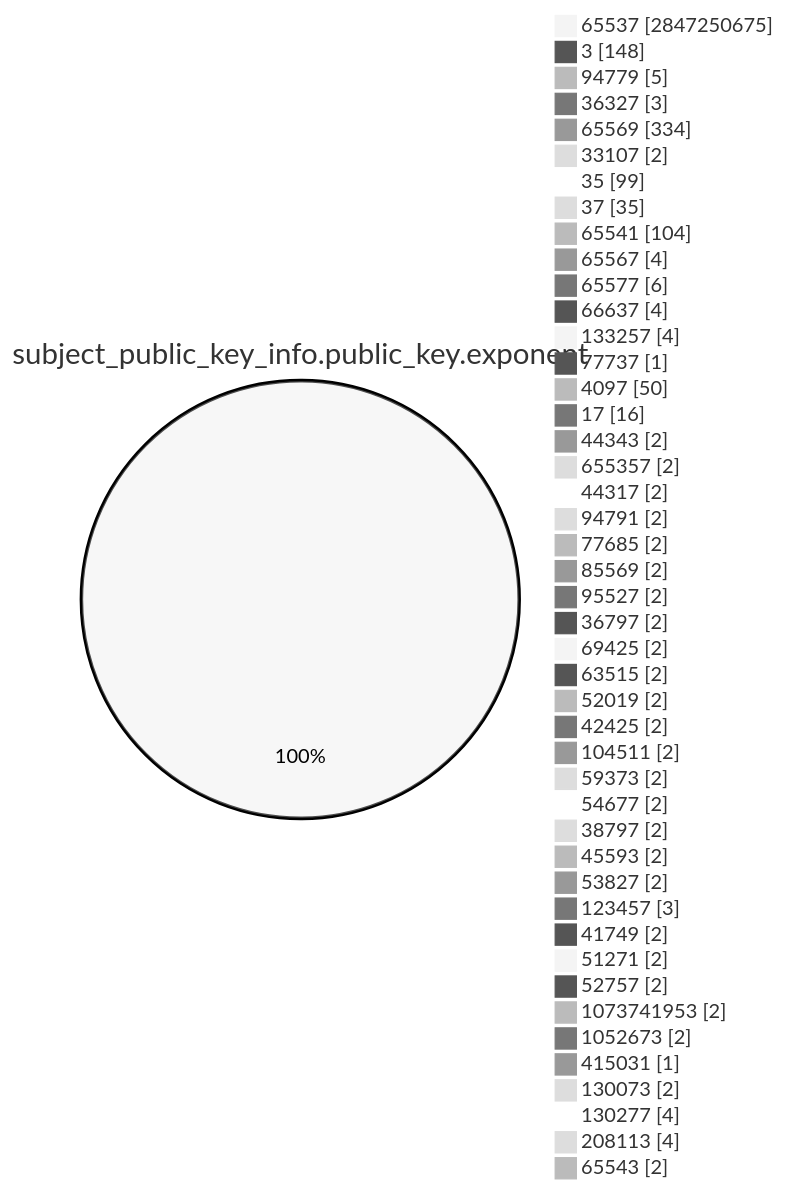
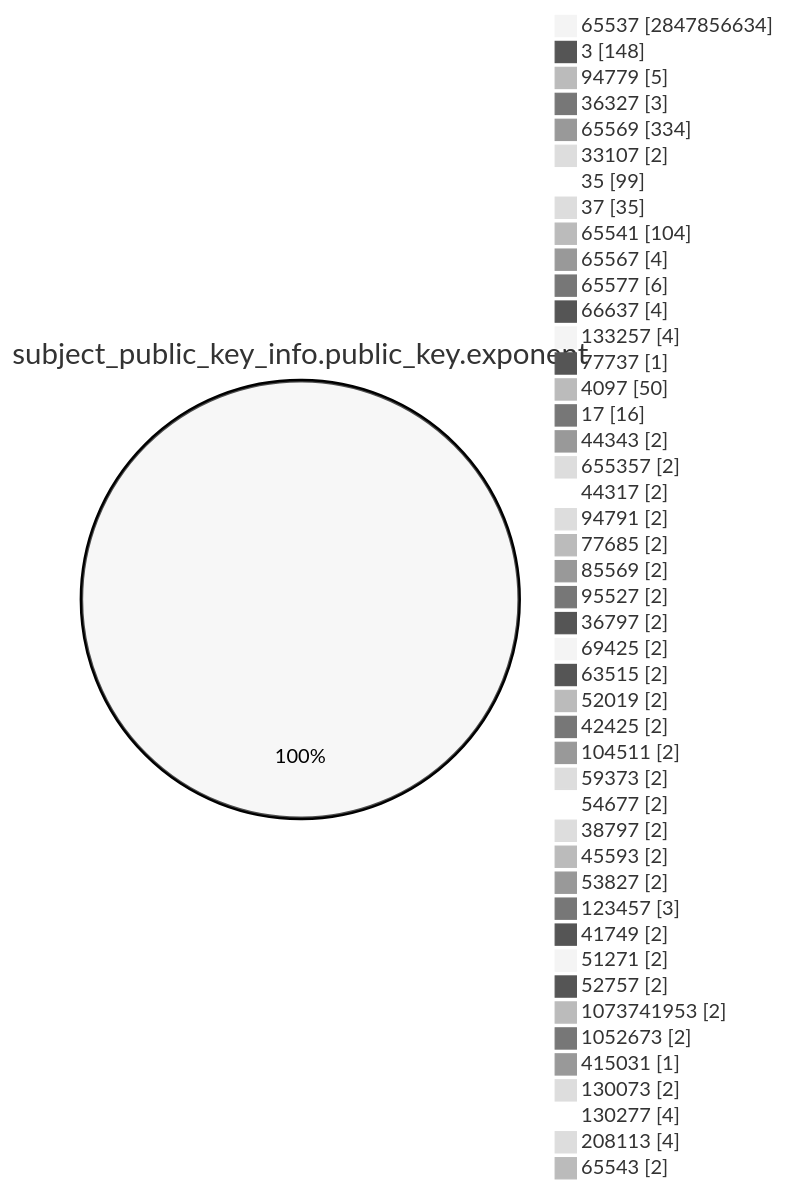
One commit to christiankrug/ctmonitor_visualization changed the fourth of 15 diagrams in TOTAL/README.md. Above: the diagram before and after it, drawn with Mermaid (neutral theme). The commit also changed other lines of this file, not shown here.

````diff
--- a/TOTAL/README.md
+++ b/TOTAL/README.md
@@ -1468,49 +1468,49 @@
 ```mermaid
 pie showData
 title subject_public_key_info.public_key.exponent
-"65537" :2847250675
+"65537" :2847856634
 "3" :148
 "94779" :5
 "36327" :3
 "65569" :334
 "33107" :2
 "35" :99
 "37" :35
 "65541" :104
 "65567" :4
 "65577" :6
 "66637" :4
 "133257" :4
 "77737" :1
 "4097" :50
 "17" :16
 "44343" :2
 "655357" :2
 "44317" :2
 "94791" :2
 "77685" :2
 "85569" :2
 "95527" :2
 "36797" :2
 "69425" :2
 "63515" :2
 "52019" :2
 "42425" :2
 "104511" :2
 "59373" :2
 "54677" :2
 "38797" :2
 "45593" :2
 "53827" :2
 "123457" :3
 "41749" :2
 "51271" :2
 "52757" :2
 "1073741953" :2
 "1052673" :2
 "415031" :1
 "130073" :2
 "130277" :4
 "208113" :4
 "65543" :2
 ```
````
